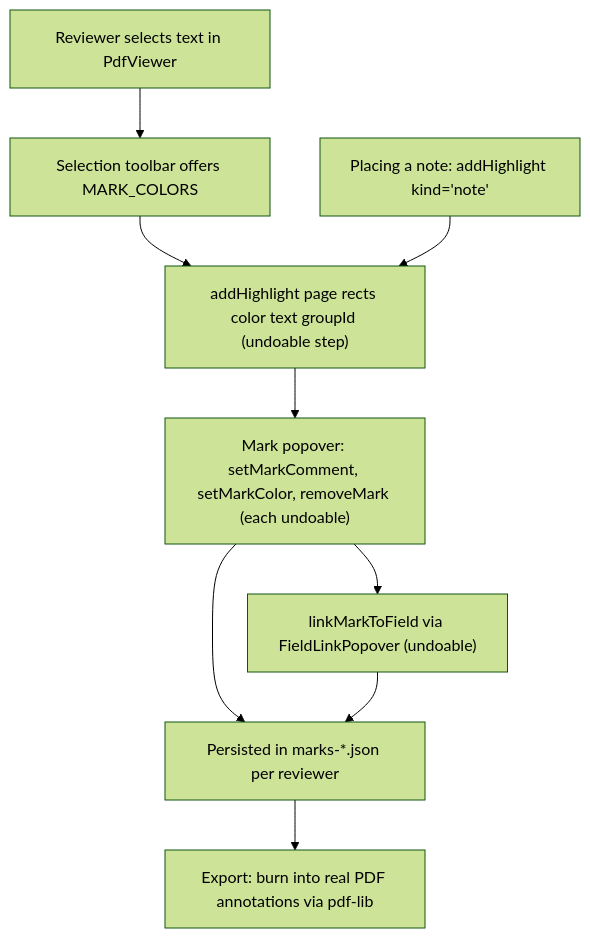
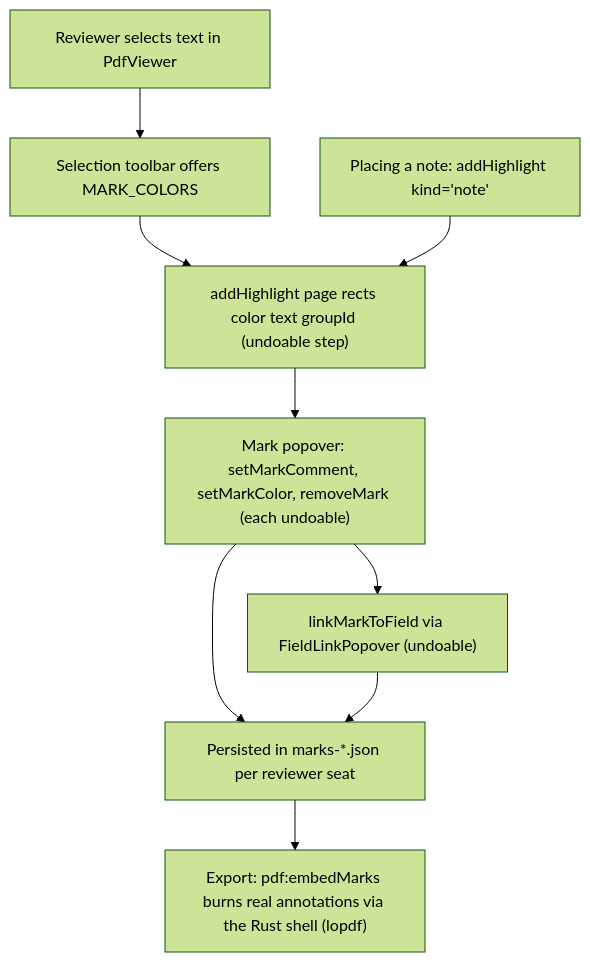
One commit to Gram21/SaiLoR changed the diagram in openwiki/workflows/pdf-viewing.md. Above: the diagram before and after it, drawn with Mermaid (forest theme). The commit also changed other lines of this file and 33 other files, not shown here.

````diff
--- a/openwiki/workflows/pdf-viewing.md
+++ b/openwiki/workflows/pdf-viewing.md
@@ -47,19 +23,19 @@
 ```mermaid
 flowchart TD
     sel["Reviewer selects text in PdfViewer"]
     toolbar["Selection toolbar offers MARK_COLORS"]
     add["addHighlight page rects color text groupId (undoable step)"]
     note["Placing a note: addHighlight kind='note'"]
     popover["Mark popover: setMarkComment, setMarkColor, removeMark (each undoable)"]
     link["linkMarkToField via FieldLinkPopover (undoable)"]
-    persist["Persisted in marks-*.json per reviewer"]
-    export["Export: burn into real PDF annotations via pdf-lib"]
+    persist["Persisted in marks-*.json per reviewer seat"]
+    export["Export: pdf:embedMarks burns real annotations via the Rust shell (lopdf)"]
     sel --> toolbar
     toolbar --> add
     note --> add
     add --> popover
     popover --> link
     popover --> persist
     link --> persist
     persist --> export
 ```
````
